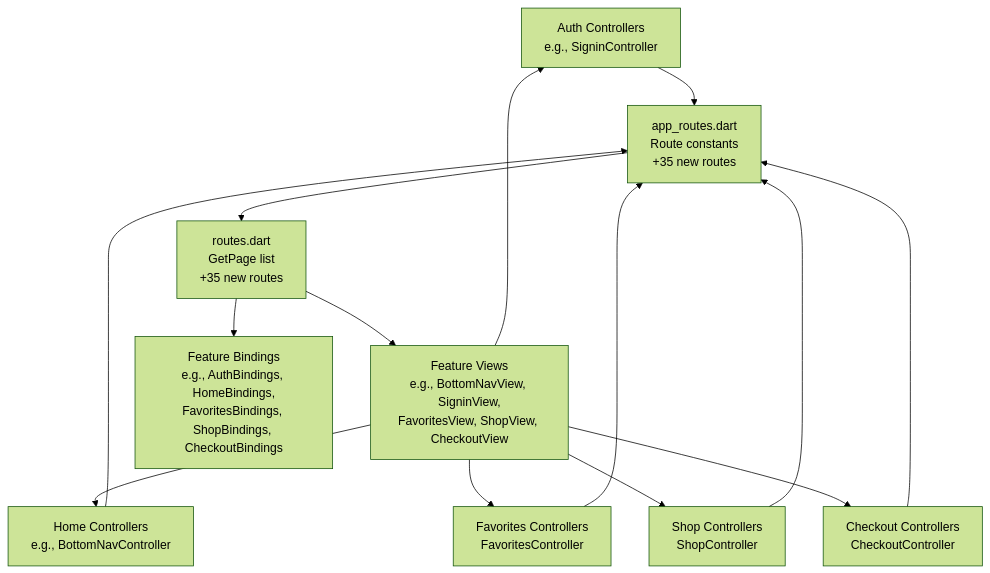
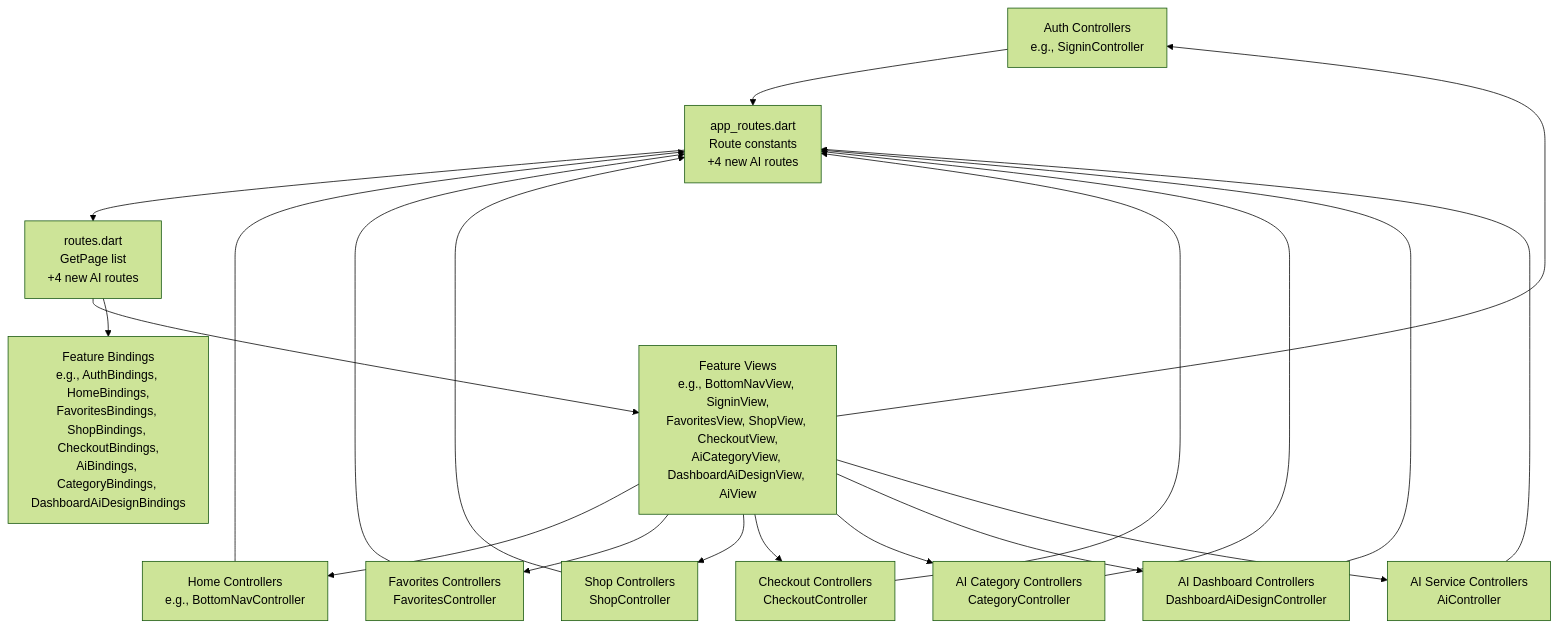
One commit to Ariful3111/FurniGo changed the second of 9 diagrams in .qoder/repowiki/en/content/Architecture Overview/Routing and Navigation.md. Above: the diagram before and after it, drawn with Mermaid (forest theme). The commit also changed other lines of this file and 67 other files, not shown here.

````diff
--- a/.qoder/repowiki/en/content/Architecture Overview/Routing and Navigation.md
+++ b/.qoder/repowiki/en/content/Architecture Overview/Routing and Navigation.md
@@ -112,25 +126,34 @@
 ```mermaid
 graph TB
 CTRL_AUTH["Auth Controllers<br/>e.g., SigninController"]
 CTRL_HOME["Home Controllers<br/>e.g., BottomNavController"]
 CTRL_FAVORITES["Favorites Controllers<br/>FavoritesController"]
 CTRL_SHOP["Shop Controllers<br/>ShopController"]
 CTRL_CHECKOUT["Checkout Controllers<br/>CheckoutController"]
-VIEWS["Feature Views<br/>e.g., BottomNavView, SigninView,<br/>FavoritesView, ShopView, CheckoutView"]
-BINDINGS["Feature Bindings<br/>e.g., AuthBindings, HomeBindings,<br/>FavoritesBindings, ShopBindings, CheckoutBindings"]
-ROUTES["routes.dart<br/>GetPage list<br/>+35 new routes"]
-CONST["app_routes.dart<br/>Route constants<br/>+35 new routes"]
+CTRL_AICAT["AI Category Controllers<br/>CategoryController"]
+CTRL_AIDASH["AI Dashboard Controllers<br/>DashboardAiDesignController"]
+CTRL_AI["AI Service Controllers<br/>AiController"]
+VIEWS["Feature Views<br/>e.g., BottomNavView, SigninView,<br/>FavoritesView, ShopView, CheckoutView,<br/>AiCategoryView, DashboardAiDesignView, AiView"]
+BINDINGS["Feature Bindings<br/>e.g., AuthBindings, HomeBindings,<br/>FavoritesBindings, ShopBindings, CheckoutBindings,<br/>AiBindings, CategoryBindings, DashboardAiDesignBindings"]
+ROUTES["routes.dart<br/>GetPage list<br/>+4 new AI routes"]
+CONST["app_routes.dart<br/>Route constants<br/>+4 new AI routes"]
 CTRL_AUTH --> CONST
 CTRL_HOME --> CONST
 CTRL_FAVORITES --> CONST
 CTRL_SHOP --> CONST
 CTRL_CHECKOUT --> CONST
+CTRL_AICAT --> CONST
+CTRL_AIDASH --> CONST
+CTRL_AI --> CONST
 CONST --> ROUTES
 ROUTES --> VIEWS
 ROUTES --> BINDINGS
 VIEWS --> CTRL_HOME
 VIEWS --> CTRL_AUTH
 VIEWS --> CTRL_FAVORITES
 VIEWS --> CTRL_SHOP
 VIEWS --> CTRL_CHECKOUT
+VIEWS --> CTRL_AICAT
+VIEWS --> CTRL_AIDASH
+VIEWS --> CTRL_AI
 ```
````
